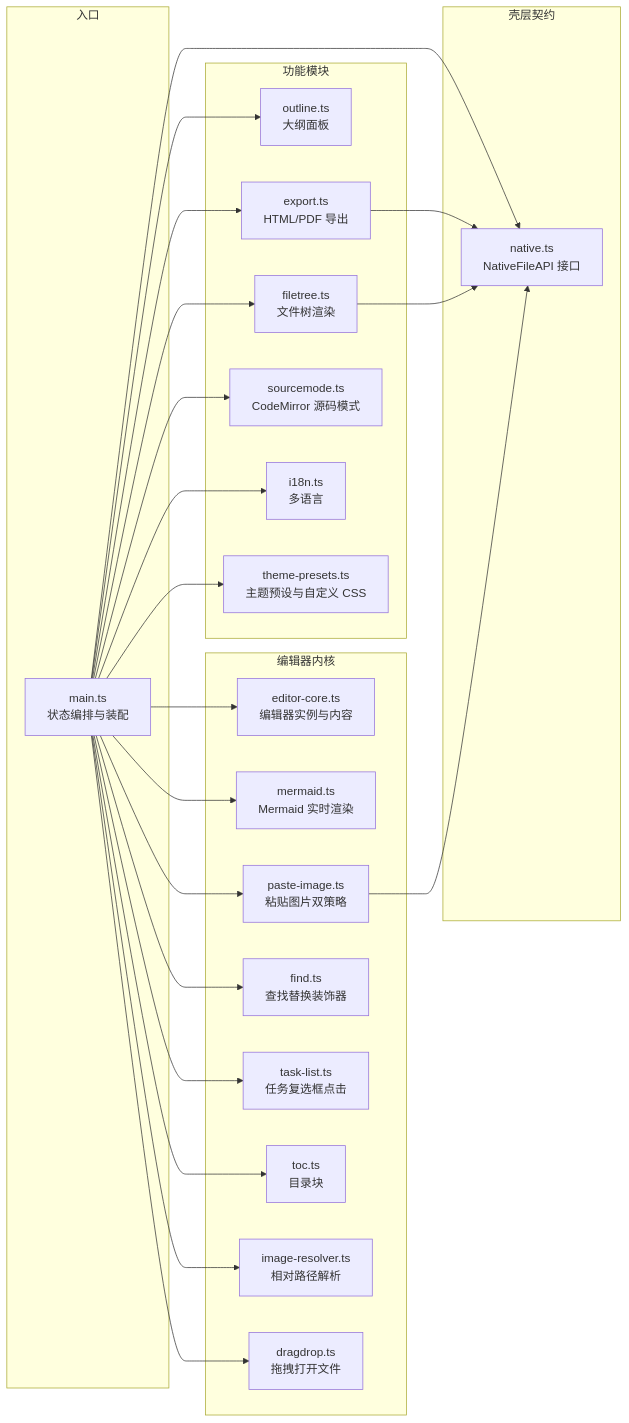
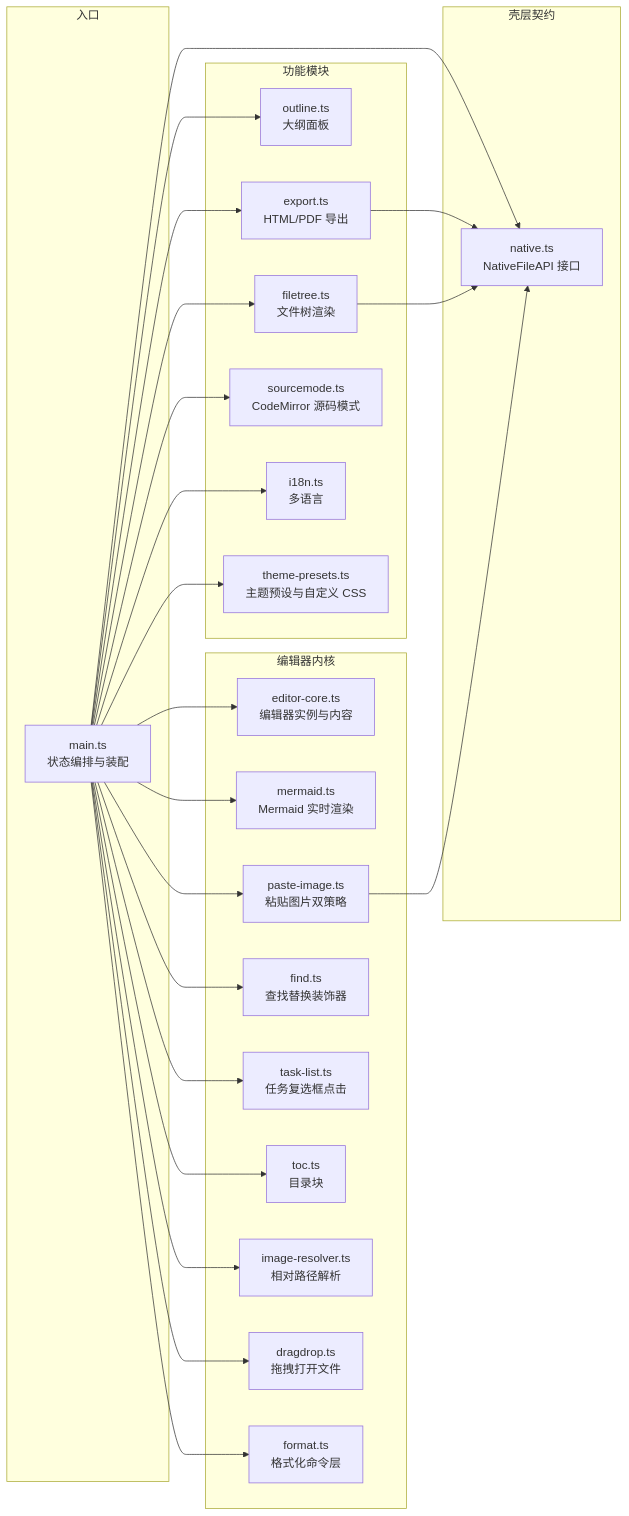
One commit to ChiangyangNPU/for-mark changed the third of 4 diagrams in docs/架构设计.md. Above: the diagram before and after it, drawn with Mermaid. The commit also changed other lines of this file and 14 other files, not shown here.

````diff
--- a/docs/架构设计.md
+++ b/docs/架构设计.md
@@ -85,49 +85,51 @@
 ```mermaid
 flowchart LR
     subgraph 入口
         MAIN[main.ts<br/>状态编排与装配]
     end
 
     subgraph 编辑器内核
         EDITOR[editor-core.ts<br/>编辑器实例与内容]
         MERMAID[mermaid.ts<br/>Mermaid 实时渲染]
         PASTE[paste-image.ts<br/>粘贴图片双策略]
         FIND[find.ts<br/>查找替换装饰器]
         TASK[task-list.ts<br/>任务复选框点击]
         TOC[toc.ts<br/>目录块]
         IMGRES[image-resolver.ts<br/>相对路径解析]
         DROP[dragdrop.ts<br/>拖拽打开文件]
+        FMT[format.ts<br/>格式化命令层]
     end
 
     subgraph 功能模块
         OUTLINE[outline.ts<br/>大纲面板]
         TREE[filetree.ts<br/>文件树渲染]
         EX[export.ts<br/>HTML/PDF 导出]
         SRC[sourcemode.ts<br/>CodeMirror 源码模式]
         I18N[i18n.ts<br/>多语言]
         THEMEPRESET[theme-presets.ts<br/>主题预设与自定义 CSS]
     end
 
     subgraph 壳层契约
         NATIVE[native.ts<br/>NativeFileAPI 接口]
     end
 
     MAIN --> EDITOR
     MAIN --> MERMAID
     MAIN --> PASTE
     MAIN --> FIND
     MAIN --> TASK
     MAIN --> TOC
     MAIN --> IMGRES
     MAIN --> DROP
+    MAIN --> FMT
     MAIN --> OUTLINE
     MAIN --> TREE
     MAIN --> EX
     MAIN --> SRC
     MAIN --> I18N
     MAIN --> THEMEPRESET
     MAIN --> NATIVE
     EX --> NATIVE
     TREE --> NATIVE
     PASTE --> NATIVE
 ```
````
